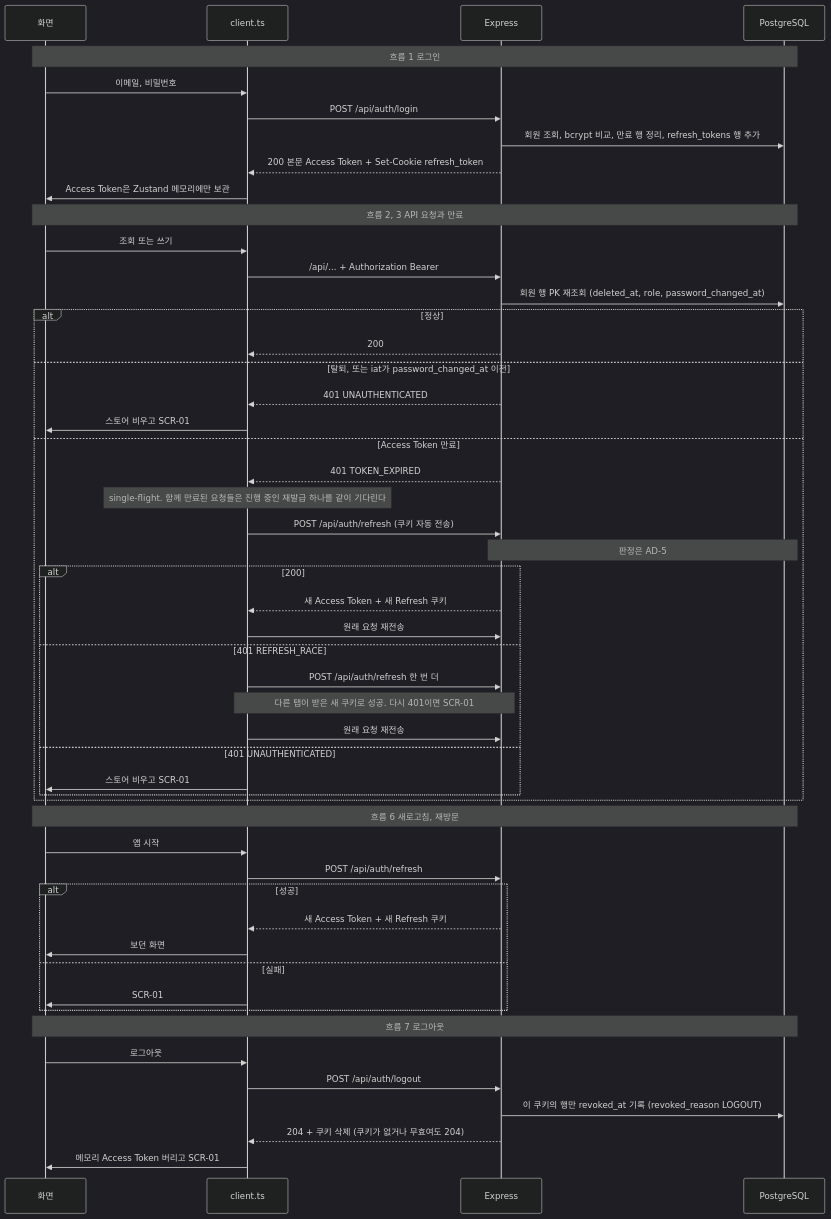
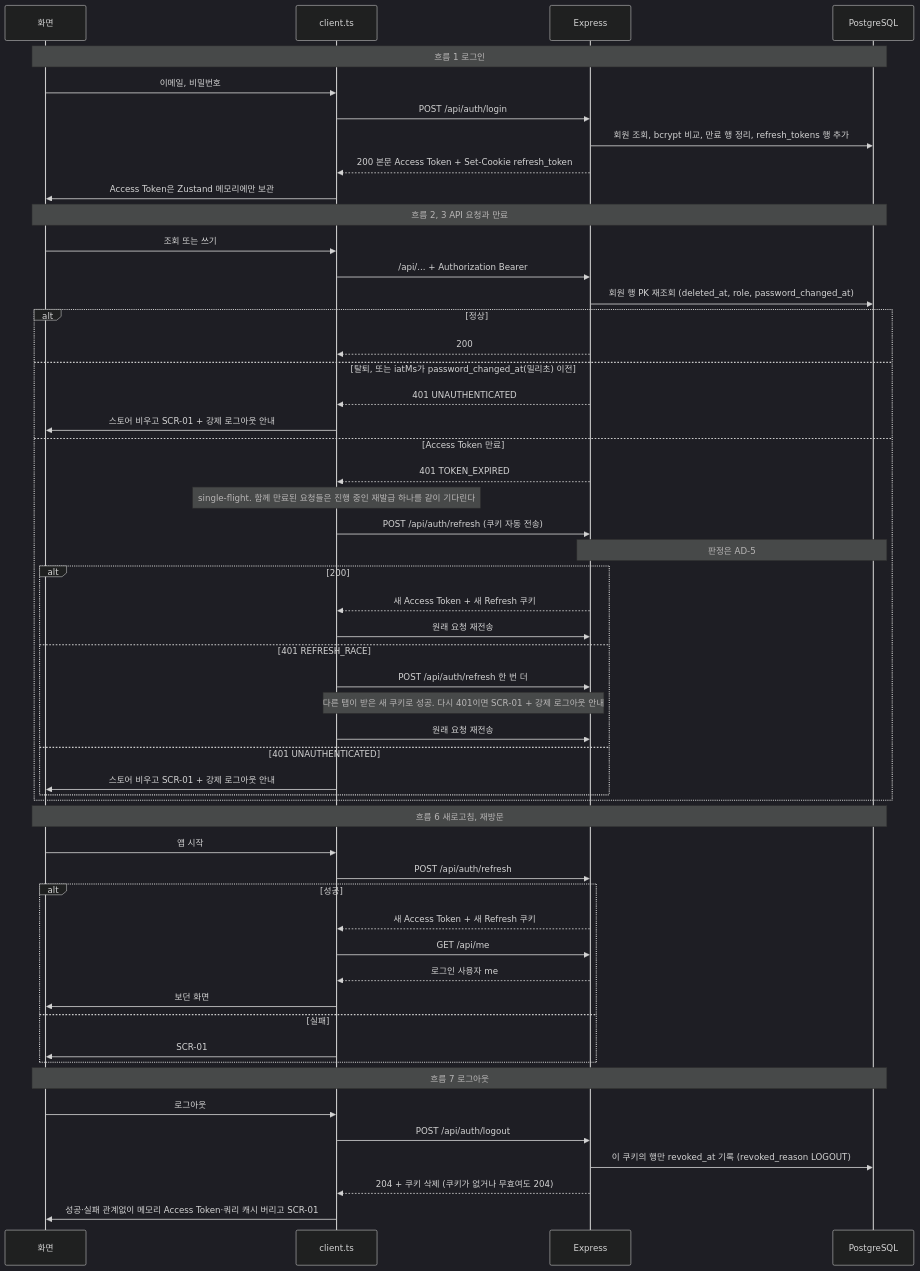
Before and after one commit to uokevin-hash/cal-todo: the third of 7 diagrams in docs/6-arch-diagram.md, drawn with Mermaid (dark theme). The commit also changed other lines of this file and 12 other files, not shown here.

````diff
--- a/docs/6-arch-diagram.md
+++ b/docs/6-arch-diagram.md
@@ -89,57 +90,59 @@
 ```mermaid
 sequenceDiagram
     participant UI as 화면
     participant C as client.ts
     participant S as Express
     participant D as PostgreSQL
 
     Note over UI,D: 흐름 1 로그인
     UI->>C: 이메일, 비밀번호
     C->>S: POST /api/auth/login
     S->>D: 회원 조회, bcrypt 비교, 만료 행 정리, refresh_tokens 행 추가
     S-->>C: 200 본문 Access Token + Set-Cookie refresh_token
     C->>UI: Access Token은 Zustand 메모리에만 보관
 
     Note over UI,D: 흐름 2, 3 API 요청과 만료
     UI->>C: 조회 또는 쓰기
     C->>S: /api/... + Authorization Bearer
     S->>D: 회원 행 PK 재조회 (deleted_at, role, password_changed_at)
     alt 정상
         S-->>C: 200
-    else 탈퇴, 또는 iat가 password_changed_at 이전
+    else 탈퇴, 또는 iatMs가 password_changed_at(밀리초) 이전
         S-->>C: 401 UNAUTHENTICATED
-        C->>UI: 스토어 비우고 SCR-01
+        C->>UI: 스토어 비우고 SCR-01 + 강제 로그아웃 안내
     else Access Token 만료
         S-->>C: 401 TOKEN_EXPIRED
         Note over C: single-flight. 함께 만료된 요청들은 진행 중인 재발급 하나를 같이 기다린다
         C->>S: POST /api/auth/refresh (쿠키 자동 전송)
         Note over S,D: 판정은 AD-5
         alt 200
             S-->>C: 새 Access Token + 새 Refresh 쿠키
             C->>S: 원래 요청 재전송
         else 401 REFRESH_RACE
             C->>S: POST /api/auth/refresh 한 번 더
-            Note over C,S: 다른 탭이 받은 새 쿠키로 성공. 다시 401이면 SCR-01
+            Note over C,S: 다른 탭이 받은 새 쿠키로 성공. 다시 401이면 SCR-01 + 강제 로그아웃 안내
             C->>S: 원래 요청 재전송
         else 401 UNAUTHENTICATED
-            C->>UI: 스토어 비우고 SCR-01
+            C->>UI: 스토어 비우고 SCR-01 + 강제 로그아웃 안내
         end
     end
 
     Note over UI,D: 흐름 6 새로고침, 재방문
     UI->>C: 앱 시작
     C->>S: POST /api/auth/refresh
     alt 성공
         S-->>C: 새 Access Token + 새 Refresh 쿠키
+        C->>S: GET /api/me
+        S-->>C: 로그인 사용자 me
         C->>UI: 보던 화면
     else 실패
         C->>UI: SCR-01
     end
 
     Note over UI,D: 흐름 7 로그아웃
     UI->>C: 로그아웃
     C->>S: POST /api/auth/logout
     S->>D: 이 쿠키의 행만 revoked_at 기록 (revoked_reason LOGOUT)
     S-->>C: 204 + 쿠키 삭제 (쿠키가 없거나 무효여도 204)
-    C->>UI: 메모리 Access Token 버리고 SCR-01
+    C->>UI: 성공·실패 관계없이 메모리 Access Token·쿼리 캐시 버리고 SCR-01
 ```
````
